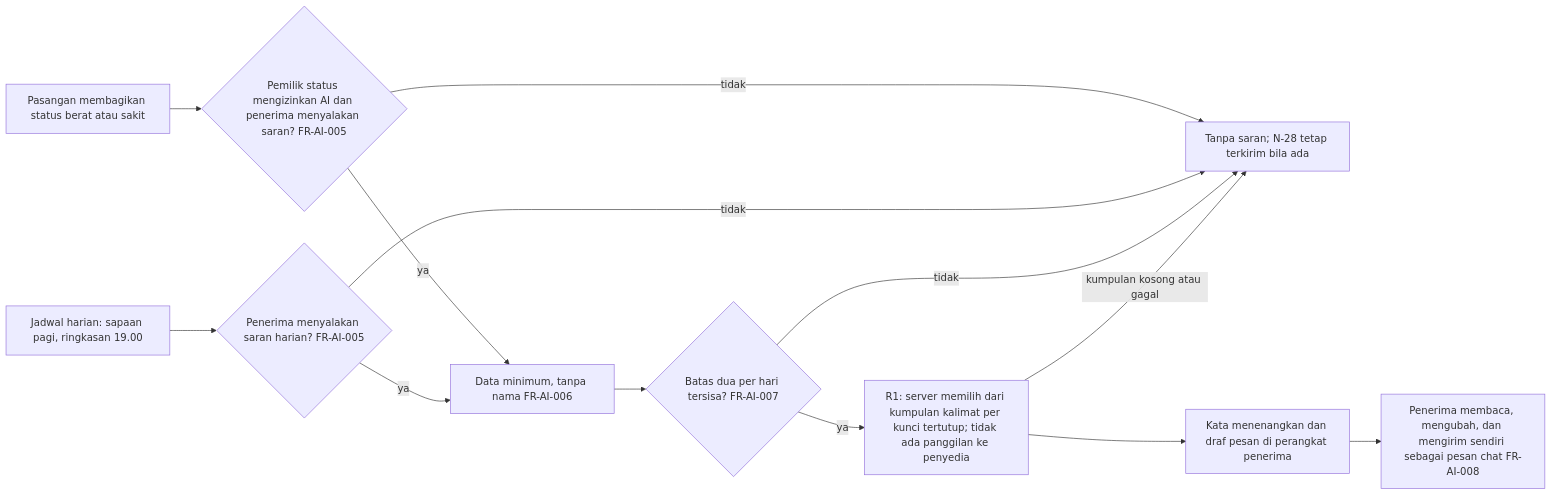
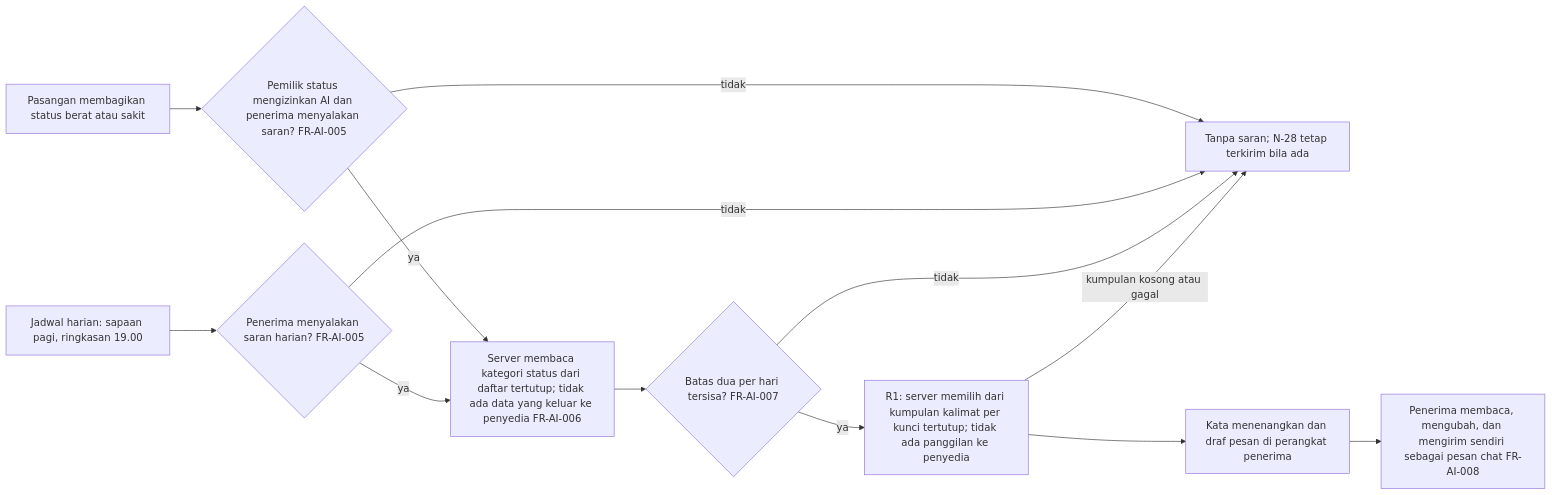
Before and after one commit to abiyanzimran/casa: the diagram in docs/05-functional-requirements/tier-2.md, drawn with Mermaid. The commit also changed other lines of this file and 44 other files, not shown here.

````diff
--- a/docs/05-functional-requirements/tier-2.md
+++ b/docs/05-functional-requirements/tier-2.md
@@ -381,15 +381,15 @@
 ```mermaid
 flowchart LR
     T1[Pasangan membagikan status berat atau sakit] --> P{Pemilik status mengizinkan AI dan penerima menyalakan saran? FR-AI-005}
     T2[Jadwal harian: sapaan pagi, ringkasan 19.00] --> Q{Penerima menyalakan saran harian? FR-AI-005}
     P -- tidak --> K[Tanpa saran; N-28 tetap terkirim bila ada]
     Q -- tidak --> K
-    P -- ya --> C[Data minimum, tanpa nama FR-AI-006]
+    P -- ya --> C[Server membaca kategori status dari daftar tertutup; tidak ada data yang keluar ke penyedia FR-AI-006]
     Q -- ya --> C
     C --> D{Batas dua per hari tersisa? FR-AI-007}
     D -- tidak --> K
     D -- ya --> R[R1: server memilih dari kumpulan kalimat per kunci tertutup; tidak ada panggilan ke penyedia]
     R -- kumpulan kosong atau gagal --> K
     R --> G[Kata menenangkan dan draf pesan di perangkat penerima]
     G --> H[Penerima membaca, mengubah, dan mengirim sendiri sebagai pesan chat FR-AI-008]
 ```
````
